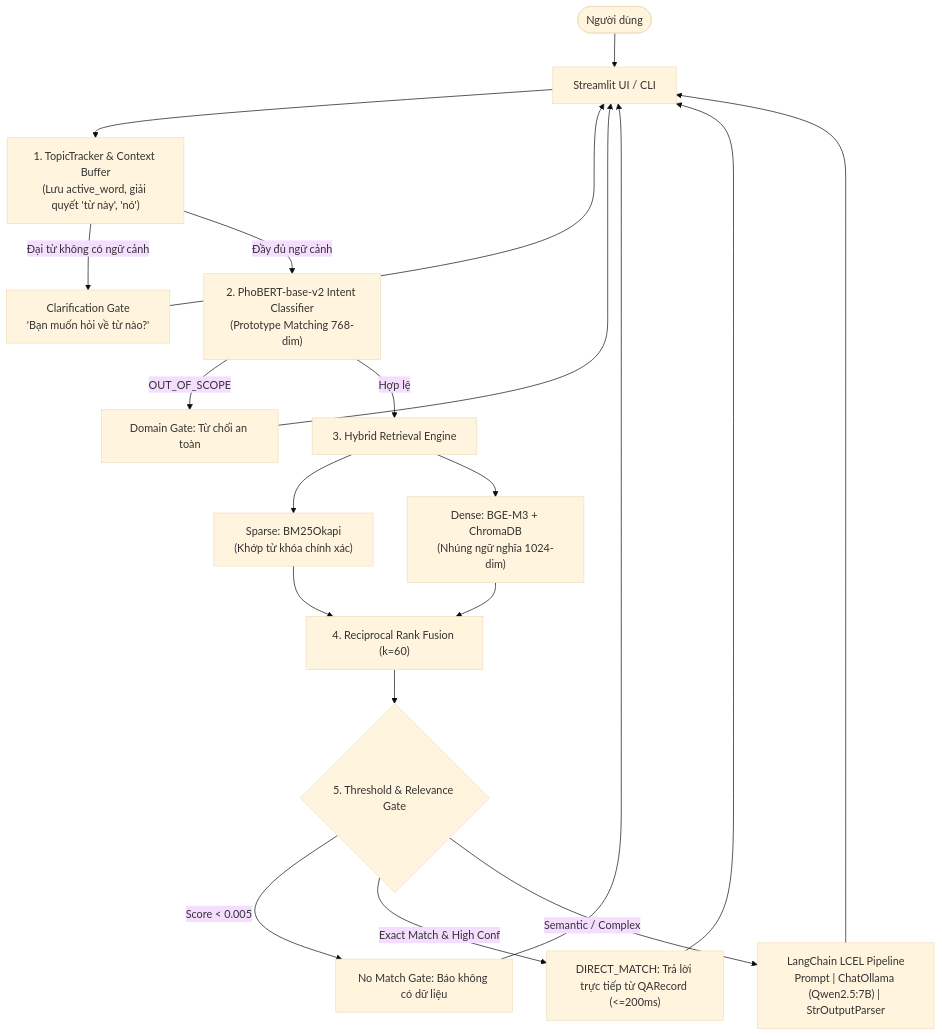
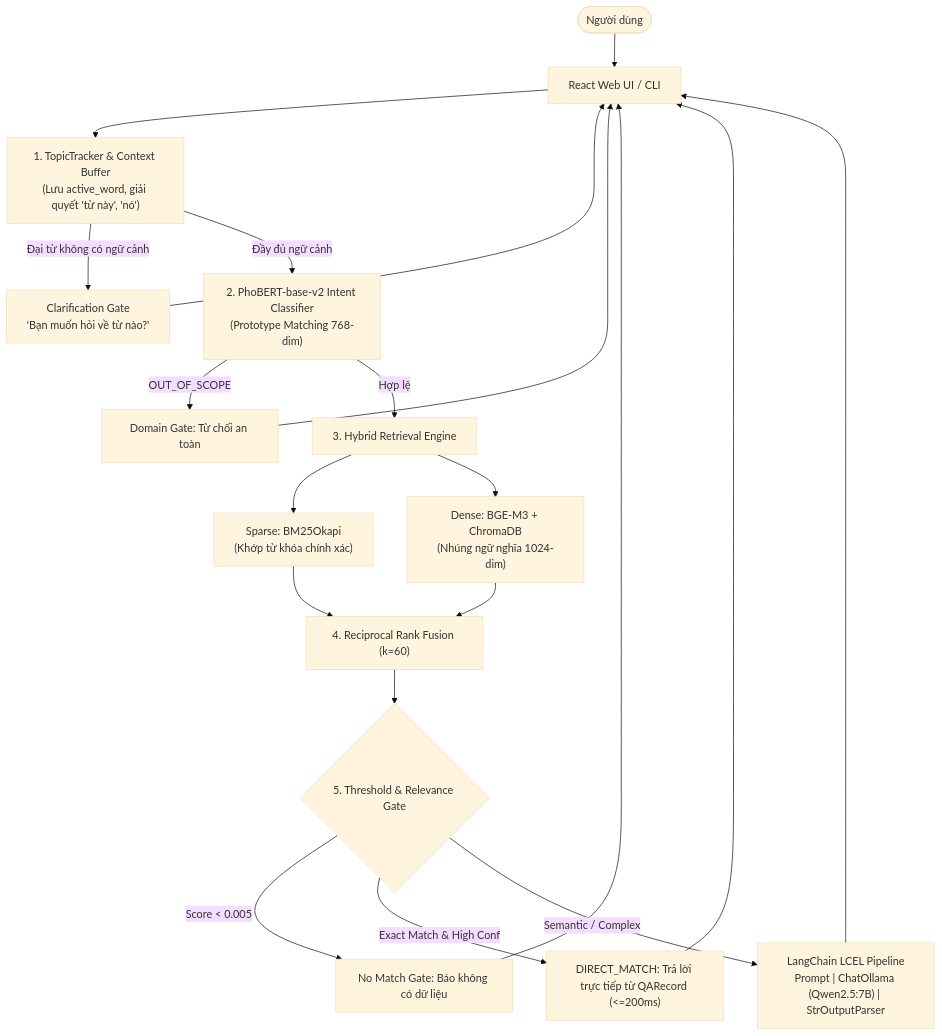
The diagram in docs/IMPLEMENTATION_REPORT.md (vmm2302/chatbox2.0), drawn with Mermaid (base theme) before and after one commit. The commit also changed other lines of this file and 21 other files, not shown here.

````diff
--- a/docs/IMPLEMENTATION_REPORT.md
+++ b/docs/IMPLEMENTATION_REPORT.md
@@ -49,28 +49,28 @@
 ```mermaid
 flowchart TD
-    User(["Người dùng"]) --> UI["Streamlit UI / CLI"]
+    User(["Người dùng"]) --> UI["React Web UI / CLI"]
     UI --> Tracker["1. TopicTracker & Context Buffer<br/>(Lưu active_word, giải quyết 'từ này', 'nó')"]
     
     Tracker -- "Đại từ không có ngữ cảnh" --> Clarify["Clarification Gate<br/>'Bạn muốn hỏi về từ nào?'"]
     Tracker -- "Đầy đủ ngữ cảnh" --> NLU["2. PhoBERT-base-v2 Intent Classifier<br/>(Prototype Matching 768-dim)"]
     
     NLU -- "OUT_OF_SCOPE" --> OOS_Reject["Domain Gate: Từ chối an toàn"]
     NLU -- "Hợp lệ" --> HybridEngine["3. Hybrid Retrieval Engine"]
     
     HybridEngine --> BM25["Sparse: BM25Okapi<br/>(Khớp từ khóa chính xác)"]
     HybridEngine --> BGE["Dense: BGE-M3 + ChromaDB<br/>(Nhúng ngữ nghĩa 1024-dim)"]
     
     BM25 --> RRF["4. Reciprocal Rank Fusion (k=60)"]
     BGE --> RRF
     
     RRF --> Gate{"5. Threshold & Relevance Gate"}
     Gate -- "Score < 0.005" --> NoMatch["No Match Gate: Báo không có dữ liệu"]
     Gate -- "Exact Match & High Conf" --> DirectAns["DIRECT_MATCH: Trả lời trực tiếp từ QARecord (<=200ms)"]
     Gate -- "Semantic / Complex" --> LCEL["LangChain LCEL Pipeline<br/>Prompt | ChatOllama (Qwen2.5:7B) | StrOutputParser"]
     
     Clarify --> UI
     OOS_Reject --> UI
     NoMatch --> UI
     DirectAns --> UI
     LCEL --> UI
 ```
````
